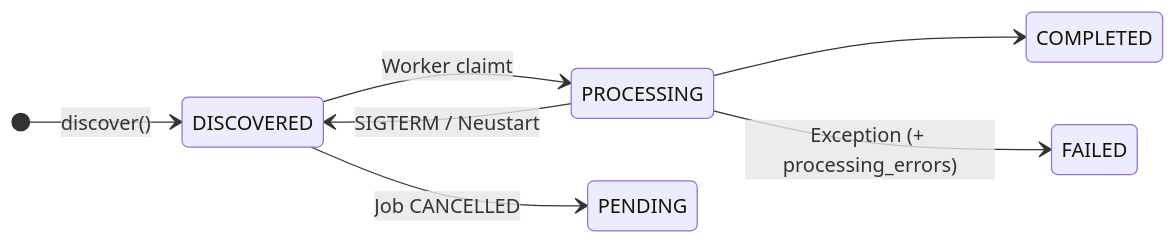
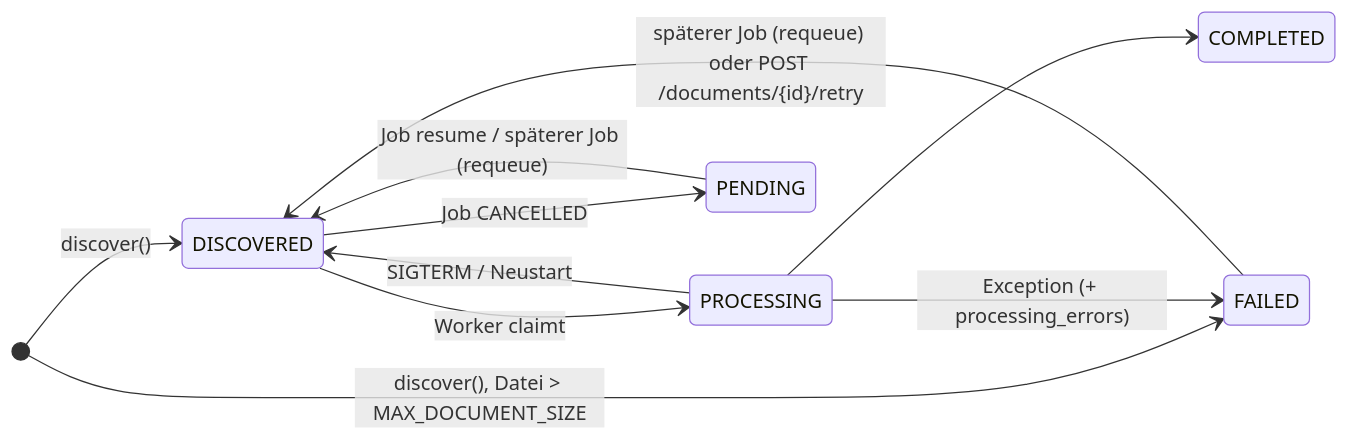
Before and after one commit to dareinelt/docvecwizard: the fourth of 5 diagrams in agentsindex.md, drawn with Mermaid. The commit also changed other lines of this file, not shown here.

````diff
--- a/agentsindex.md
+++ b/agentsindex.md
@@ -190,10 +198,13 @@
 ```mermaid
 stateDiagram-v2
   direction LR
   [*] --> DISCOVERED: discover()
+  [*] --> FAILED: discover(), Datei > MAX_DOCUMENT_SIZE
   DISCOVERED --> PROCESSING: Worker claimt
   PROCESSING --> COMPLETED
   PROCESSING --> FAILED: Exception (+ processing_errors)
   PROCESSING --> DISCOVERED: SIGTERM / Neustart
   DISCOVERED --> PENDING: Job CANCELLED
+  PENDING --> DISCOVERED: Job resume / späterer Job (requeue)
+  FAILED --> DISCOVERED: späterer Job (requeue) oder POST /documents/{id}/retry
 ```
````
